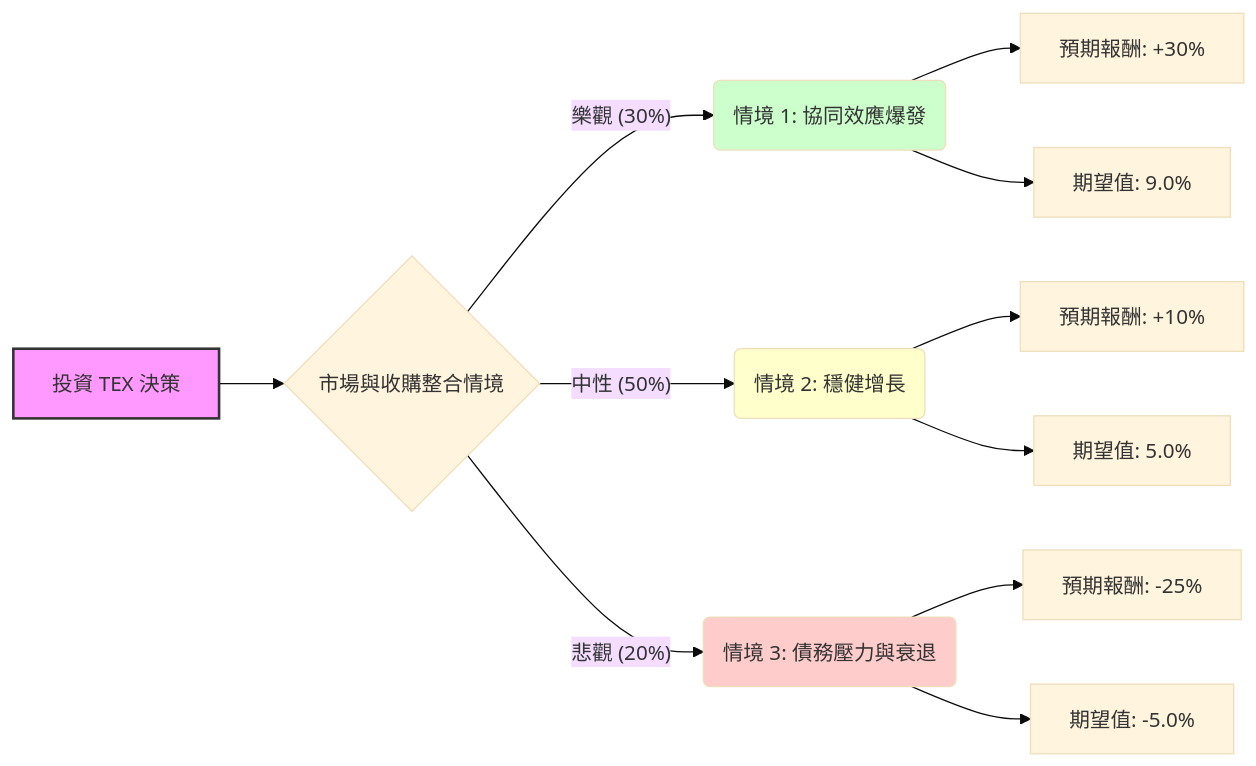
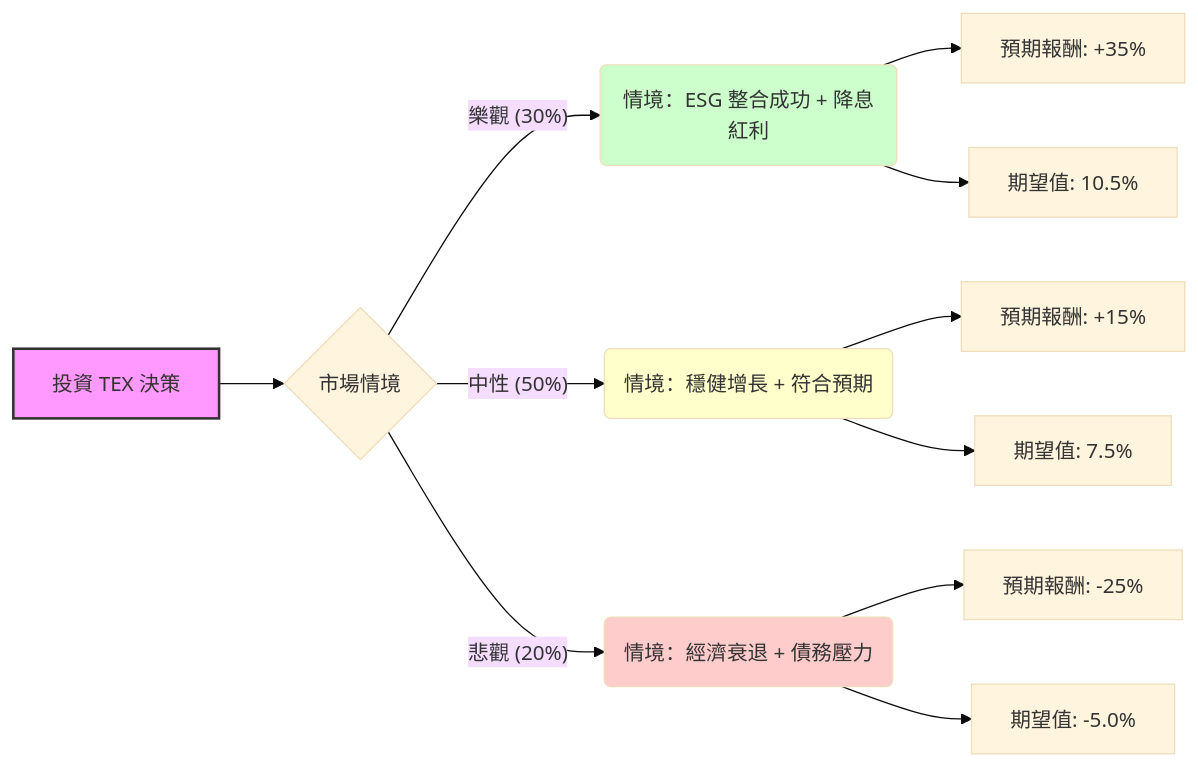
The diagram in plugin-react/ai-analysis/ev-analysis/TEX.md (zmcx16/zmcx16.github.io), drawn with Mermaid (base theme) before and after one commit. The commit also changed other lines of this file and 95 other files, not shown here.

````diff
--- a/plugin-react/ai-analysis/ev-analysis/TEX.md
+++ b/plugin-react/ai-analysis/ev-analysis/TEX.md
@@ -21,21 +21,21 @@
 ```mermaid
 graph LR
-    A[投資 TEX 決策] --> B{市場與收購整合情境}
+    A[投資 TEX 決策] --> B{市場情境}
     
-    B -- 樂觀 (30%) --> C(情境 1: 協同效應爆發)
-    C --> C1[預期報酬: +30%]
-    C --> C2[期望值: 9.0%]
+    B -- 樂觀 (30%) --> C(情境：ESG 整合成功 + 降息紅利)
+    C --> C1[預期報酬: +35%]
+    C --> C2[期望值: 10.5%]
 
-    B -- 中性 (50%) --> D(情境 2: 穩健增長)
-    D --> D1[預期報酬: +10%]
-    D --> D2[期望值: 5.0%]
+    B -- 中性 (50%) --> D(情境：穩健增長 + 符合預期)
+    D --> D1[預期報酬: +15%]
+    D --> D2[期望值: 7.5%]
 
-    B -- 悲觀 (20%) --> E(情境 3: 債務壓力與衰退)
+    B -- 悲觀 (20%) --> E(情境：經濟衰退 + 債務壓力)
     E --> E1[預期報酬: -25%]
     E --> E2[期望值: -5.0%]
 
     style A fill:#f9f,stroke:#333,stroke-width:2px
     style C fill:#ccffcc
     style D fill:#ffffcc
     style E fill:#ffcccc
 ```
````
